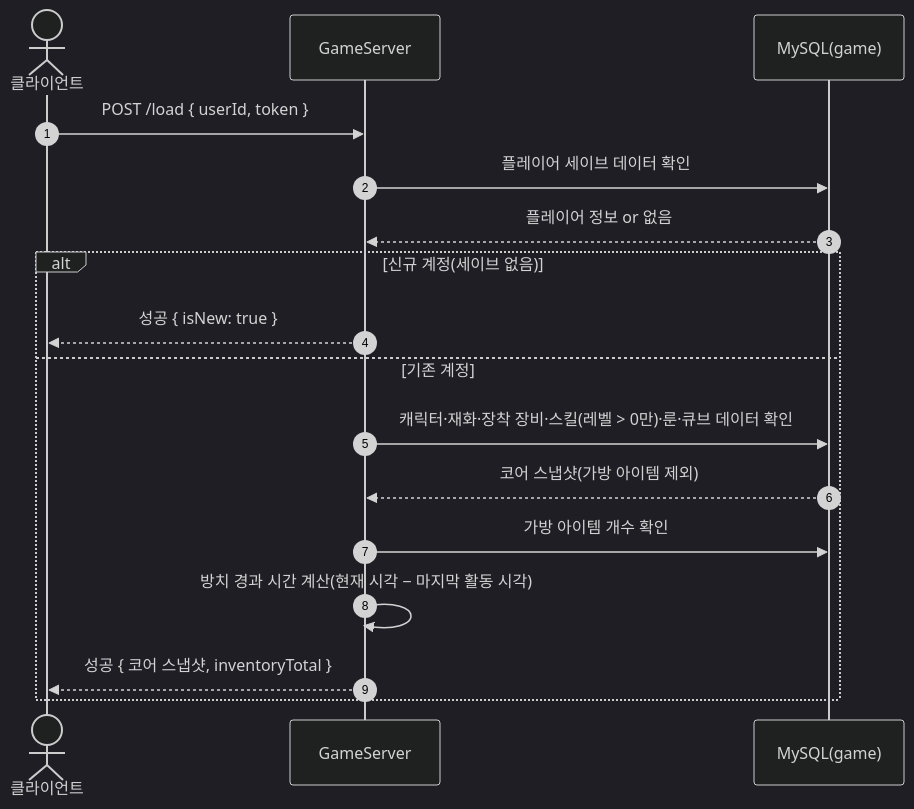
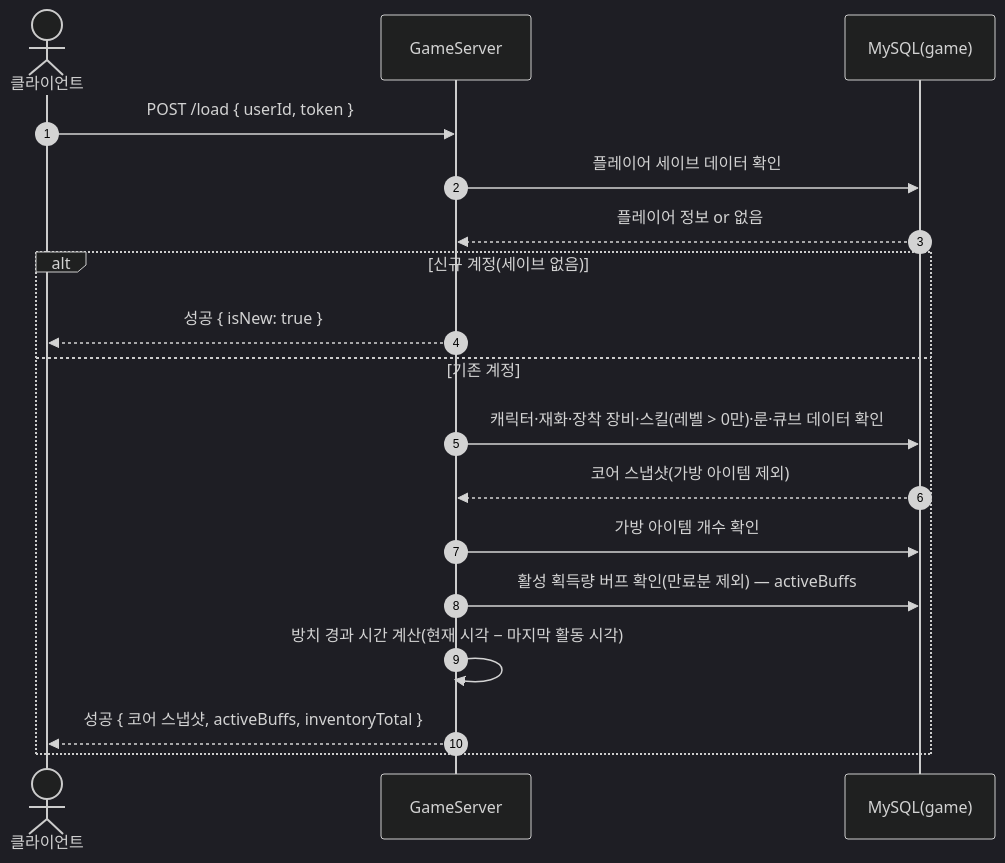
One commit to ks-wook/com2us-taskbar-hero changed the fourth of 35 diagrams in SequenceDiagram/README.md. Above: the diagram before and after it, drawn with Mermaid (dark theme). The commit also changed other lines of this file and 41 other files, not shown here.

````diff
--- a/SequenceDiagram/README.md
+++ b/SequenceDiagram/README.md
@@ -152,20 +153,21 @@
 ```mermaid
 sequenceDiagram
     autonumber
     actor C as 클라이언트
     participant S as GameServer
     participant DB as MySQL(game)
 
     C->>S: POST /load { userId, token }
     S->>DB: 플레이어 세이브 데이터 확인
     DB-->>S: 플레이어 정보 or 없음
     alt 신규 계정(세이브 없음)
         S-->>C: 성공 { isNew: true }
     else 기존 계정
         S->>DB: 캐릭터·재화·장착 장비·스킬(레벨 > 0만)·룬·큐브 데이터 확인
         DB-->>S: 코어 스냅샷(가방 아이템 제외)
         S->>DB: 가방 아이템 개수 확인
+        S->>DB: 활성 획득량 버프 확인(만료분 제외) — activeBuffs
         S->>S: 방치 경과 시간 계산(현재 시각 − 마지막 활동 시각)
-        S-->>C: 성공 { 코어 스냅샷, inventoryTotal }
+        S-->>C: 성공 { 코어 스냅샷, activeBuffs, inventoryTotal }
     end
 ```
````
